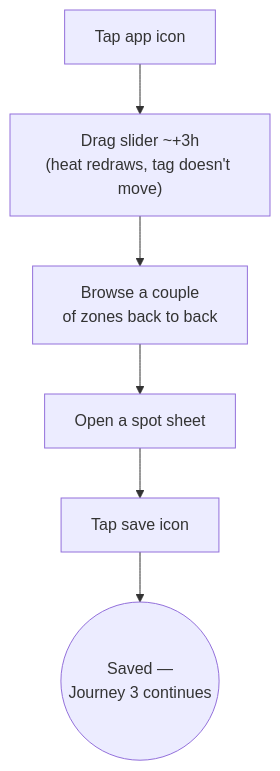
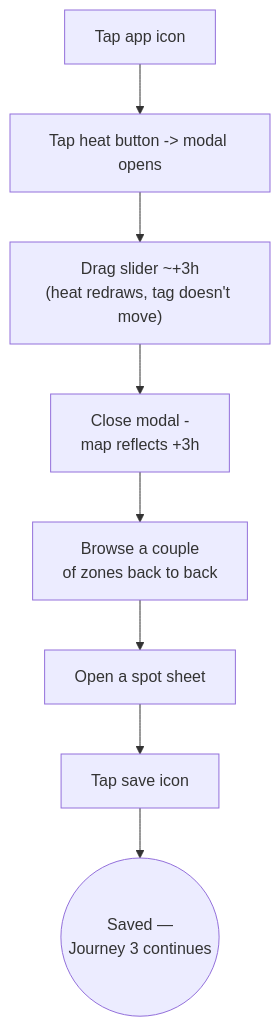
The second of 9 diagrams in design/ux-flows.md (AviranGrisaro/passenger-brain), drawn with Mermaid before and after one commit. The commit also changed other lines of this file and 2 other files, not shown here.

First line of the commit message:
ux-flows.md: 2026-07-29 nav/map/search/routing decisions (grilling + design-principles review)

````diff
--- a/design/ux-flows.md
+++ b/design/ux-flows.md
@@ -128,7 +142,9 @@
 ```mermaid
 flowchart TD
-    A[Tap app icon] --> B["Drag slider ~+3h<br/>(heat redraws, tag doesn't move)"]
-    B --> C[Browse a couple<br/>of zones back to back]
-    C --> D[Open a spot sheet] --> E[Tap save icon]
-    E --> F(("Saved —<br/>Journey 3 continues"))
+    A[Tap app icon] --> B["Tap heat button -> modal opens"]
+    B --> C["Drag slider ~+3h<br/>(heat redraws, tag doesn't move)"]
+    C --> D["Close modal -<br/>map reflects +3h"]
+    D --> E[Browse a couple<br/>of zones back to back]
+    E --> F[Open a spot sheet] --> G[Tap save icon]
+    G --> H(("Saved —<br/>Journey 3 continues"))
 ```
````
